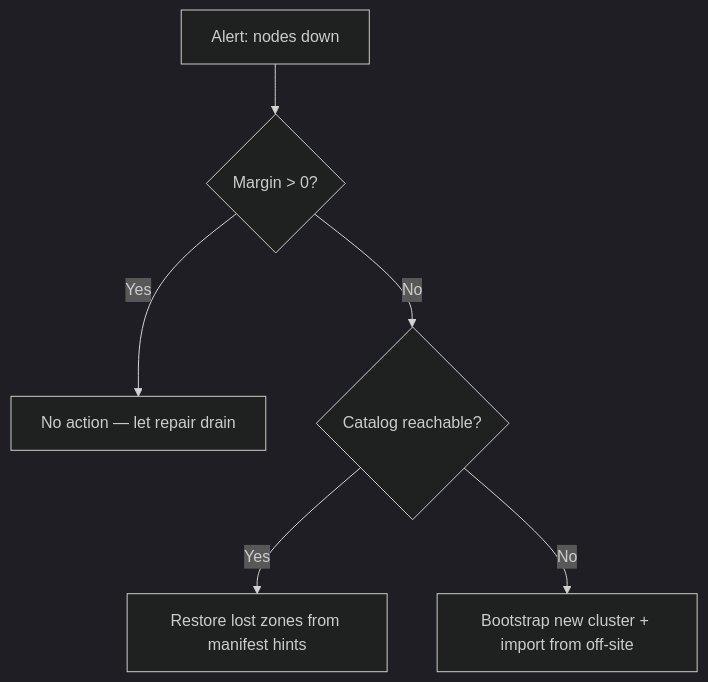
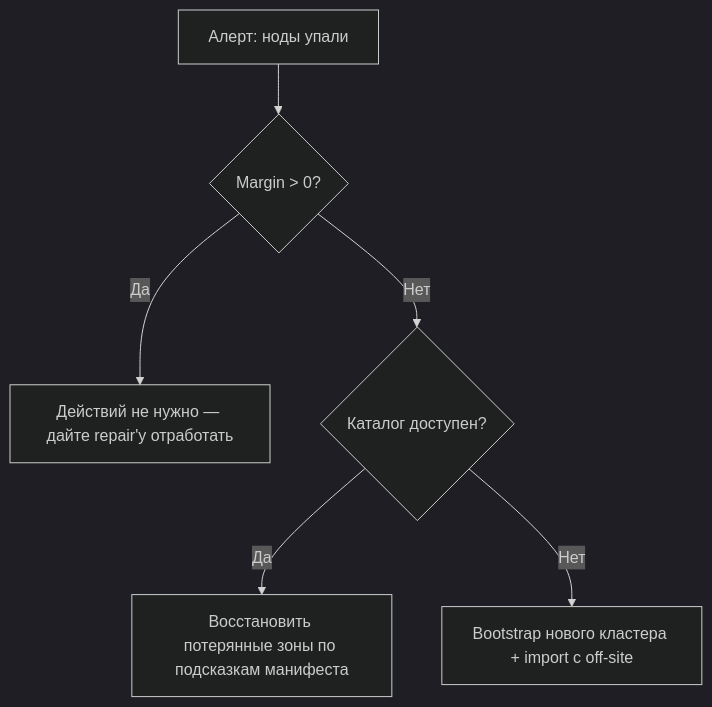
The diagram in docs/ru/operations.md (rmorenko/holofs), drawn with Mermaid (dark theme) before and after one commit. The commit also changed other lines of this file, not shown here.

````diff
--- a/docs/ru/operations.md
+++ b/docs/ru/operations.md
@@ -497,8 +738,8 @@
 ```mermaid
 flowchart TD
-    A[Alert: nodes down] --> B{Margin > 0?}
-    B -- Yes --> C[No action — let repair drain]
-    B -- No  --> D{Catalog reachable?}
-    D -- Yes --> E[Restore lost zones from manifest hints]
-    D -- No  --> F[Bootstrap new cluster + import from off-site]
+    A[Алерт: ноды упали] --> B{Margin > 0?}
+    B -- Да --> C[Действий не нужно — дайте repair'у отработать]
+    B -- Нет --> D{Каталог доступен?}
+    D -- Да --> E[Восстановить потерянные зоны по подсказкам манифеста]
+    D -- Нет --> F[Bootstrap нового кластера + import с off-site]
 ```
````
